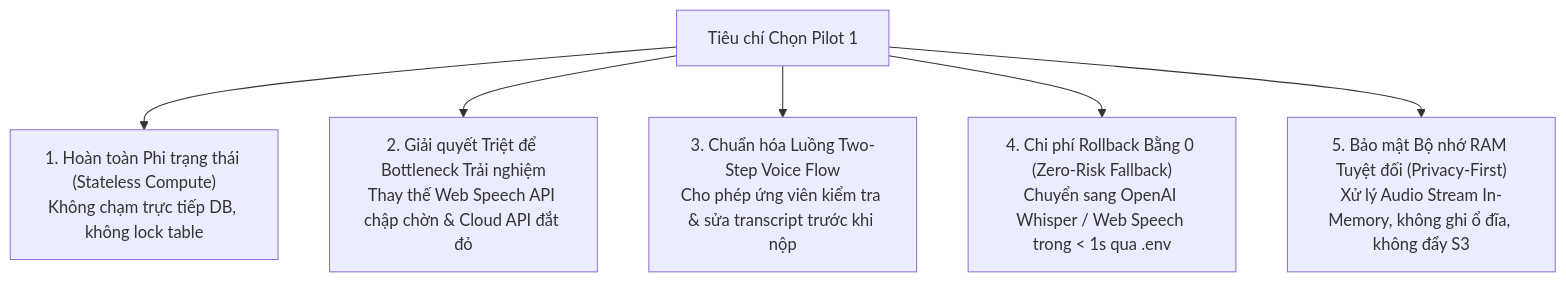
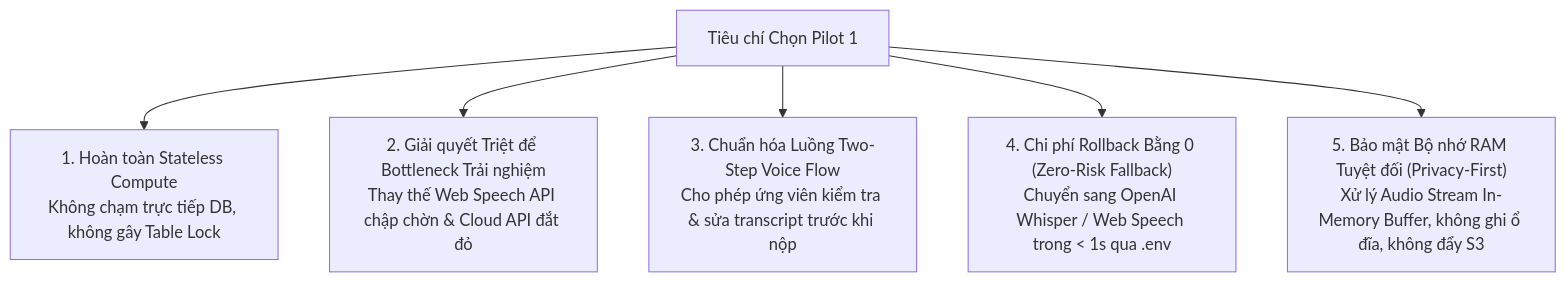
Before and after one commit to lethanhan01/interview-coach: the first of 2 diagrams in docs/refactor-docs/01_PHASE_1_AUDIO_ENGINE/00_PHASE_1_OVERVIEW_AND_ARCHITECTURE.md, drawn with Mermaid. The commit also changed other lines of this file and 35 other files, not shown here.

Commit message:
hoàn thiện hệ thống tài liệu refactor (tiếp)

````diff
--- a/docs/refactor-docs/01_PHASE_1_AUDIO_ENGINE/00_PHASE_1_OVERVIEW_AND_ARCHITECTURE.md
+++ b/docs/refactor-docs/01_PHASE_1_AUDIO_ENGINE/00_PHASE_1_OVERVIEW_AND_ARCHITECTURE.md
@@ -16,8 +16,8 @@
 ```mermaid
 graph TD
-    A["Tiêu chí Chọn Pilot 1"] --> B["1. Hoàn toàn Phi trạng thái (Stateless Compute)<br/>Không chạm trực tiếp DB, không lock table"]
+    A["Tiêu chí Chọn Pilot 1"] --> B["1. Hoàn toàn Stateless Compute<br/>Không chạm trực tiếp DB, không gây Table Lock"]
     A --> C["2. Giải quyết Triệt để Bottleneck Trải nghiệm<br/>Thay thế Web Speech API chập chờn & Cloud API đắt đỏ"]
     A --> D["3. Chuẩn hóa Luồng Two-Step Voice Flow<br/>Cho phép ứng viên kiểm tra & sửa transcript trước khi nộp"]
     A --> E["4. Chi phí Rollback Bằng 0 (Zero-Risk Fallback)<br/>Chuyển sang OpenAI Whisper / Web Speech trong < 1s qua .env"]
-    A --> F["5. Bảo mật Bộ nhớ RAM Tuyệt đối (Privacy-First)<br/>Xử lý Audio Stream In-Memory, không ghi ổ đĩa, không đẩy S3"]
+    A --> F["5. Bảo mật Bộ nhớ RAM Tuyệt đối (Privacy-First)<br/>Xử lý Audio Stream In-Memory Buffer, không ghi ổ đĩa, không đẩy S3"]
 ```
````
